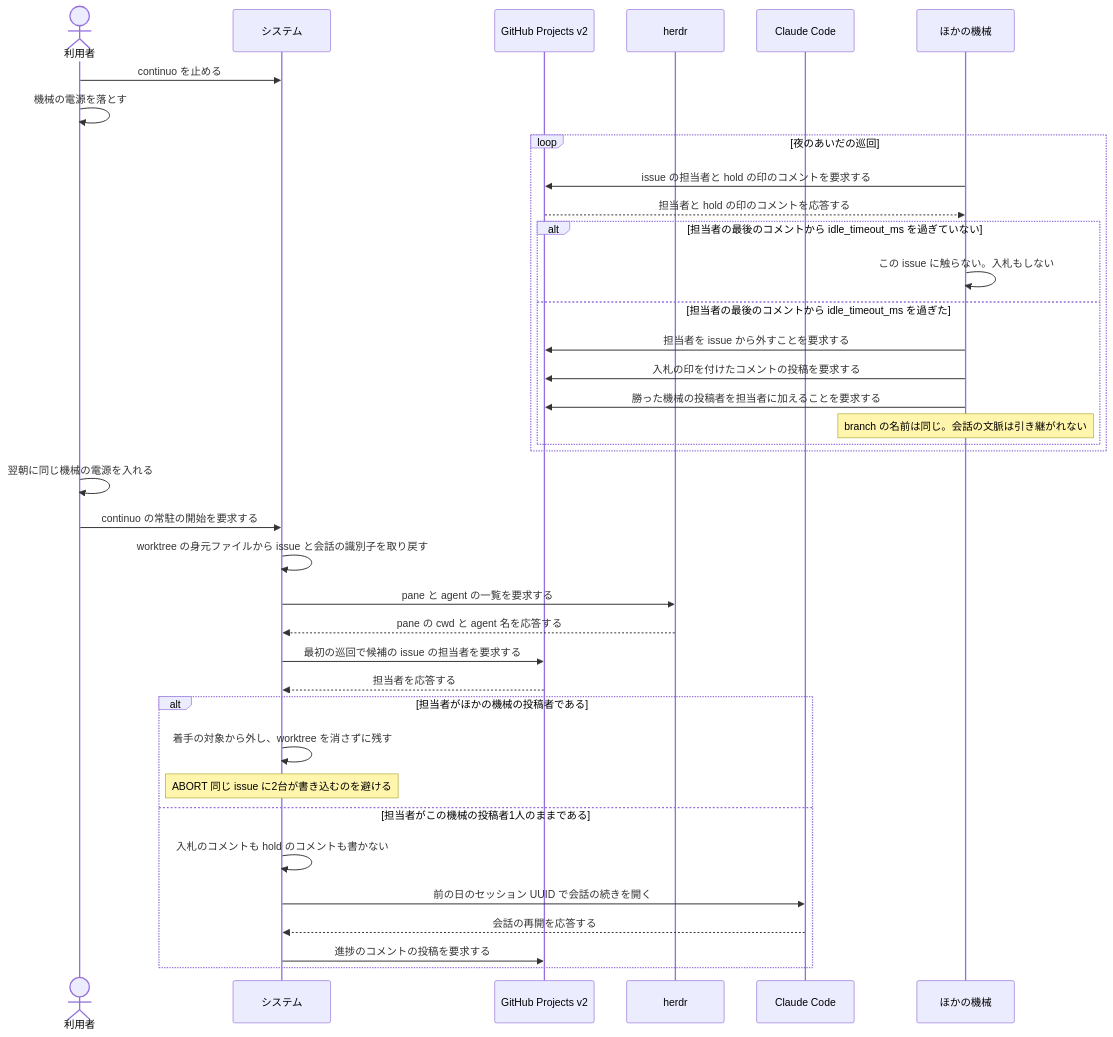
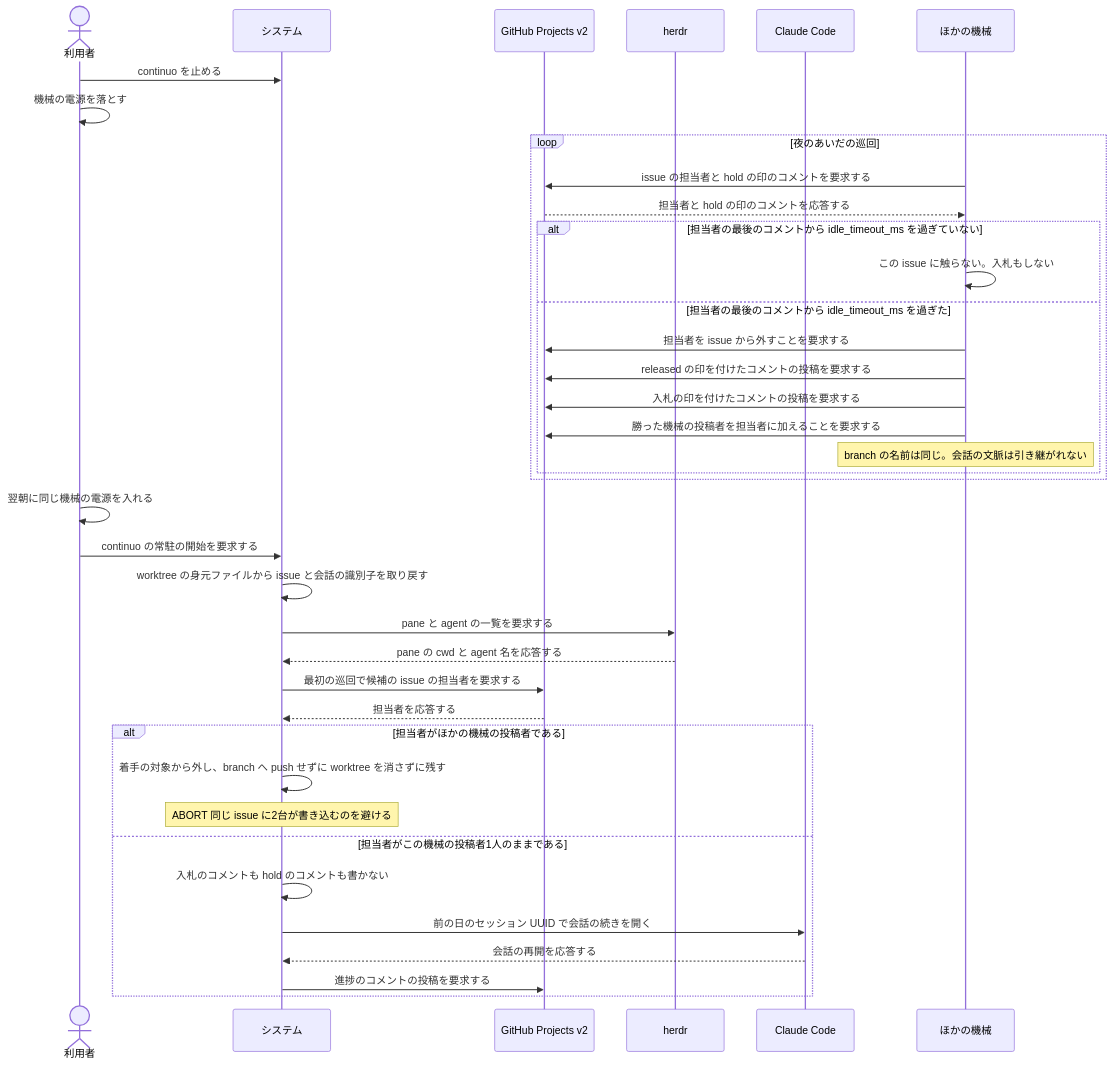
One commit to maimuzo/continuo changed the second of 2 diagrams in docs/spec/usecases/scenario/夜に機械を落として翌朝に担当を続ける.rucm.md. Above: the diagram before and after it, drawn with Mermaid. The commit also changed other lines of this file and 20 other files, not shown here.

````diff
--- a/docs/spec/usecases/scenario/夜に機械を落として翌朝に担当を続ける.rucm.md
+++ b/docs/spec/usecases/scenario/夜に機械を落として翌朝に担当を続ける.rucm.md
@@ -145,40 +148,41 @@
 ```mermaid
 sequenceDiagram
     actor U as 利用者
     participant S as システム
     participant GH as GitHub Projects v2
     participant H as herdr
     participant CC as Claude Code
     participant M as ほかの機械
 
     U->>S: continuo を止める
     U->>U: 機械の電源を落とす
     loop 夜のあいだの巡回
         M->>GH: issue の担当者と hold の印のコメントを要求する
         GH-->>M: 担当者と hold の印のコメントを応答する
         alt 担当者の最後のコメントから idle_timeout_ms を過ぎていない
             M->>M: この issue に触らない。入札もしない
         else 担当者の最後のコメントから idle_timeout_ms を過ぎた
             M->>GH: 担当者を issue から外すことを要求する
+            M->>GH: released の印を付けたコメントの投稿を要求する
             M->>GH: 入札の印を付けたコメントの投稿を要求する
             M->>GH: 勝った機械の投稿者を担当者に加えることを要求する
             Note over M: branch の名前は同じ。会話の文脈は引き継がれない
         end
     end
     U->>U: 翌朝に同じ機械の電源を入れる
     U->>S: continuo の常駐の開始を要求する
     S->>S: worktree の身元ファイルから issue と会話の識別子を取り戻す
     S->>H: pane と agent の一覧を要求する
     H-->>S: pane の cwd と agent 名を応答する
     S->>GH: 最初の巡回で候補の issue の担当者を要求する
     GH-->>S: 担当者を応答する
     alt 担当者がほかの機械の投稿者である
-        S->>S: 着手の対象から外し、worktree を消さずに残す
+        S->>S: 着手の対象から外し、branch へ push せずに worktree を消さずに残す
         Note over S: ABORT 同じ issue に2台が書き込むのを避ける
     else 担当者がこの機械の投稿者1人のままである
         S->>S: 入札のコメントも hold のコメントも書かない
         S->>CC: 前の日のセッション UUID で会話の続きを開く
         CC-->>S: 会話の再開を応答する
         S->>GH: 進捗のコメントの投稿を要求する
     end
 ```
````
